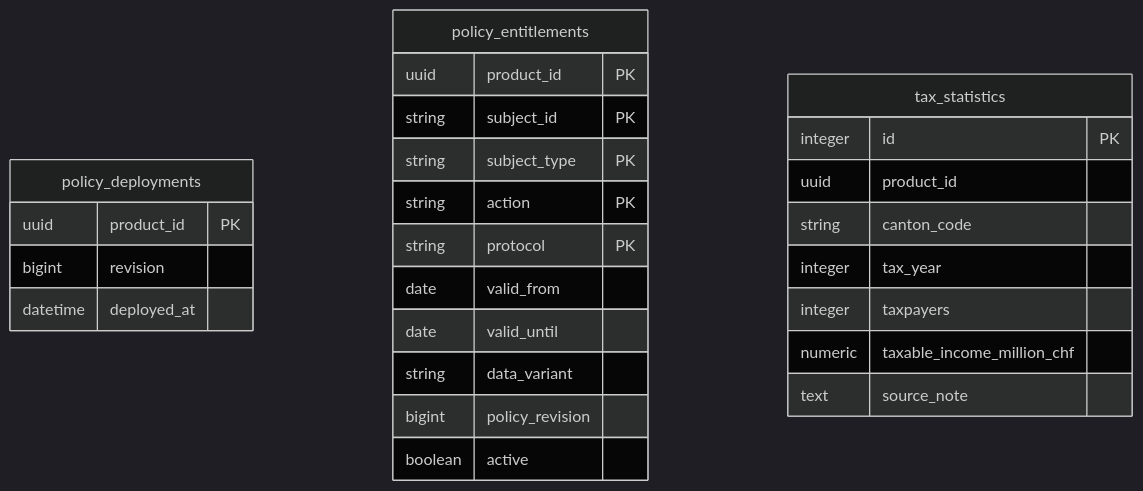
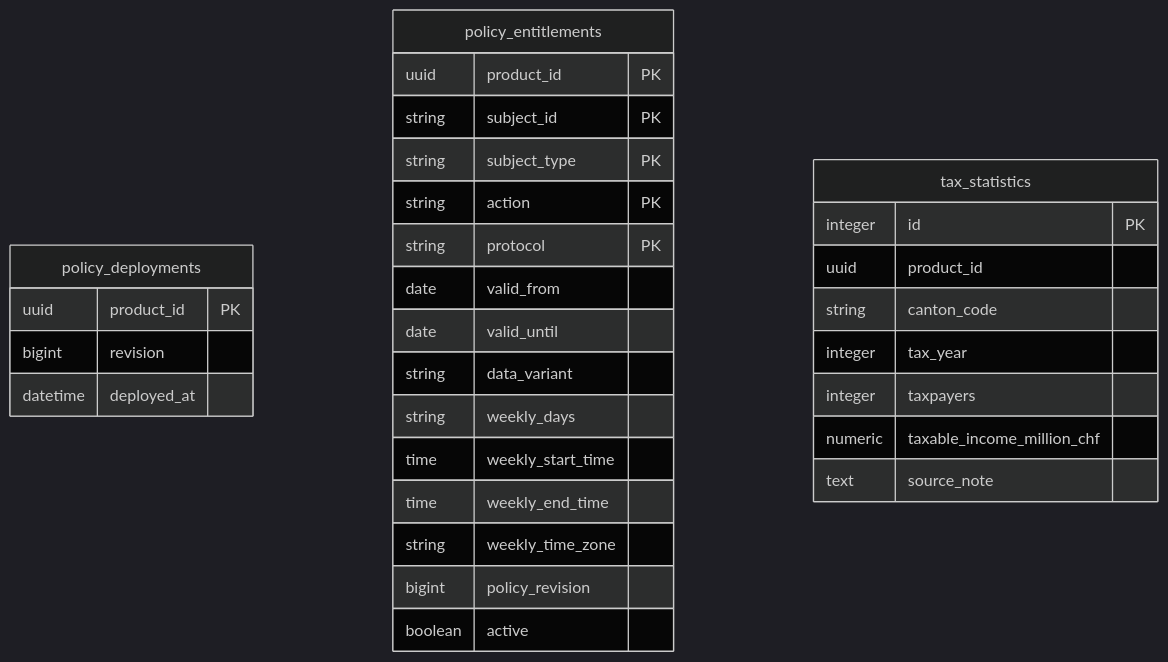
The diagram in docs/data-model/sample-data-product.md (svabra/tib-daca-poc), drawn with Mermaid (dark theme) before and after one commit. The commit also changed other lines of this file and 65 other files, not shown here.

````diff
--- a/docs/data-model/sample-data-product.md
+++ b/docs/data-model/sample-data-product.md
@@ -31,29 +31,33 @@
 ```mermaid
 erDiagram
     policy_deployments {
         uuid product_id PK
         bigint revision
         datetime deployed_at
     }
     policy_entitlements {
         uuid product_id PK
         string subject_id PK
         string subject_type PK
         string action PK
         string protocol PK
         date valid_from
         date valid_until
         string data_variant
+        string weekly_days
+        time weekly_start_time
+        time weekly_end_time
+        string weekly_time_zone
         bigint policy_revision
         boolean active
     }
     tax_statistics {
         integer id PK
         uuid product_id
         string canton_code
         integer tax_year
         integer taxpayers
         numeric taxable_income_million_chf
         text source_note
     }
 ```
````
